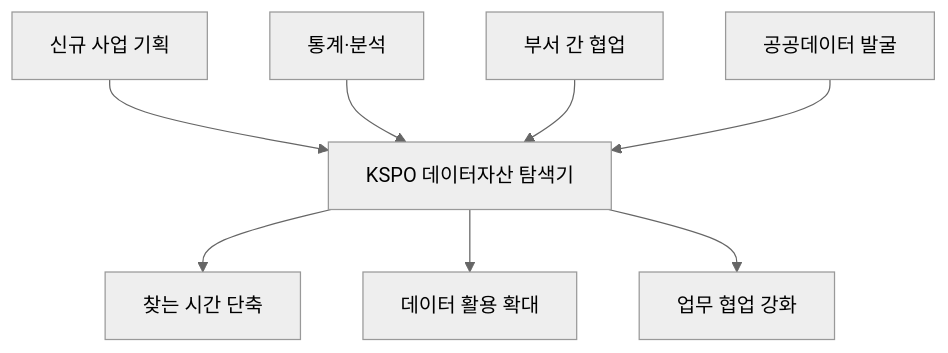
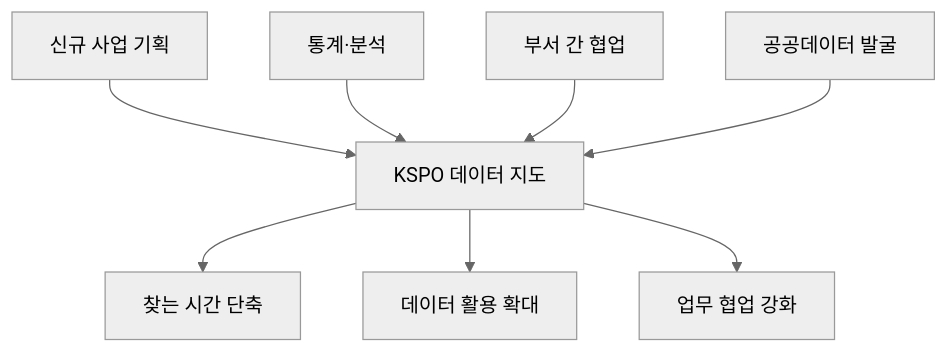
One commit to pinkshark1/kspo_data_explorer changed the third of 5 diagrams in README.md. Above: the diagram before and after it, drawn with Mermaid (neutral theme). The commit also changed other lines of this file, not shown here.

````diff
--- a/README.md
+++ b/README.md
@@ -83,10 +83,10 @@
 ```mermaid
 flowchart TB
-    A[신규 사업 기획] --> E[KSPO 데이터자산 탐색기]
+    A[신규 사업 기획] --> E[KSPO 데이터 지도]
     B[통계·분석] --> E
     C[부서 간 협업] --> E
     D[공공데이터 발굴] --> E
     E --> F[찾는 시간 단축]
     E --> G[데이터 활용 확대]
     E --> H[업무 협업 강화]
 ```
````
